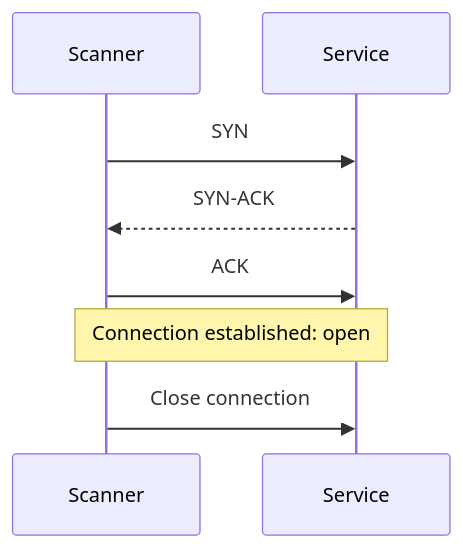
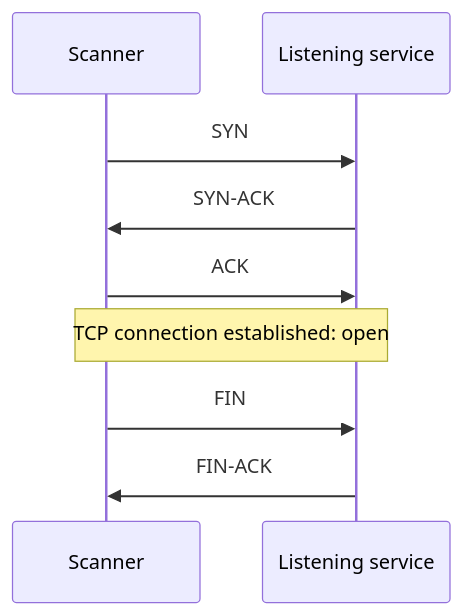
The first of 5 diagrams in chapters/03-whos-listening/README.md (shomi-khan/red-blue-lab), drawn with Mermaid before and after one commit. The commit also changed other lines of this file, not shown here.

````diff
--- a/chapters/03-whos-listening/README.md
+++ b/chapters/03-whos-listening/README.md
@@ -47,10 +40,11 @@
 ```mermaid
 sequenceDiagram
-    participant Scanner
-    participant Service
-    Scanner->>Service: SYN
-    Service-->>Scanner: SYN-ACK
-    Scanner->>Service: ACK
-    Note over Scanner,Service: Connection established: open
-    Scanner->>Service: Close connection
+    participant C as Scanner
+    participant S as Listening service
+    C->>S: SYN
+    S->>C: SYN-ACK
+    C->>S: ACK
+    Note over C,S: TCP connection established: open
+    C->>S: FIN
+    S->>C: FIN-ACK
 ```
````
